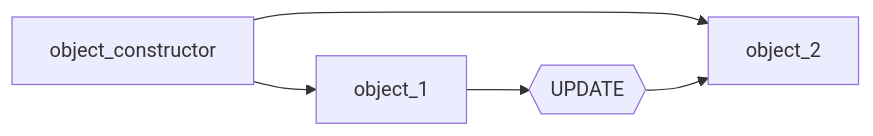
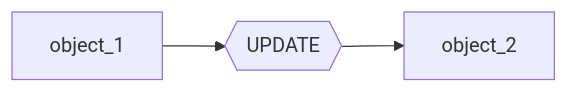
The diagram in docs/Tutorial/Fundamentals/reactive.md (Plothan/Magma), drawn with Mermaid before and after one commit. The commit also changed other lines of this file and 5 other files, not shown here.

````diff
--- a/docs/Tutorial/Fundamentals/reactive.md
+++ b/docs/Tutorial/Fundamentals/reactive.md
@@ -23,10 +30,6 @@
 ```mermaid
 
 flowchart LR
-    object_constructor--> object_1
-
-    object_constructor-->object_2
-
     object_1--> id1{{UPDATE}} --> object_2
 
 ```
````
